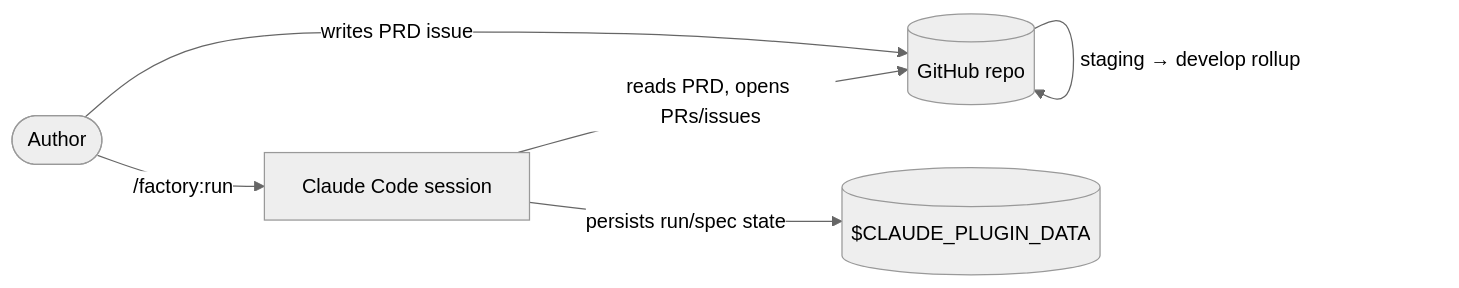
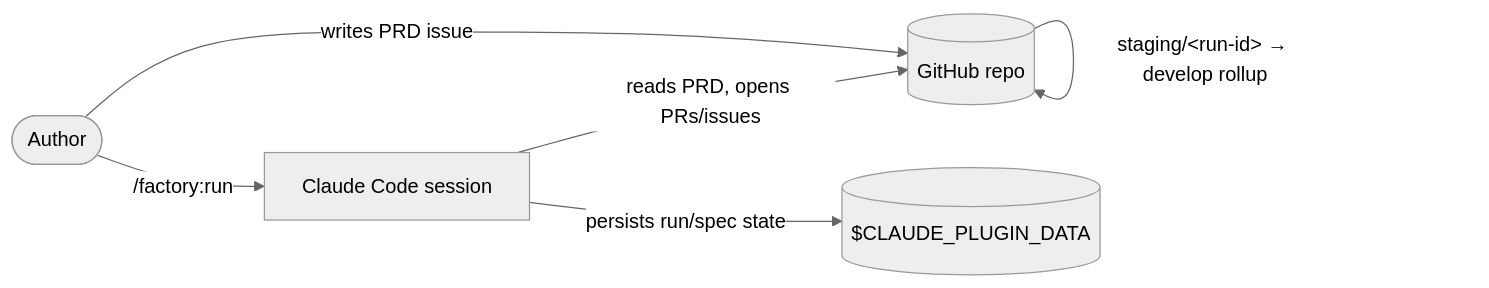
The first of 3 diagrams in docs/architecture/overview.md (jfa94/factory), drawn with Mermaid (neutral theme) before and after one commit. The commit also changed other lines of this file and 11 other files, not shown here.

First line of the commit message:
docs: refresh /docs for run/resume/rescue verb split + per-run staging

````diff
--- a/docs/architecture/overview.md
+++ b/docs/architecture/overview.md
@@ -14,8 +14,8 @@
 ```mermaid
 graph LR
   Author([Author]) -->|writes PRD issue| GH[(GitHub repo)]
   Author -->|/factory:run| CC[Claude Code session]
   CC -->|reads PRD, opens PRs/issues| GH
   CC -->|persists run/spec state| Data[("$CLAUDE_PLUGIN_DATA")]
-  GH -->|staging → develop rollup| GH
+  GH -->|staging/&lt;run-id&gt; → develop rollup| GH
 ```
````
